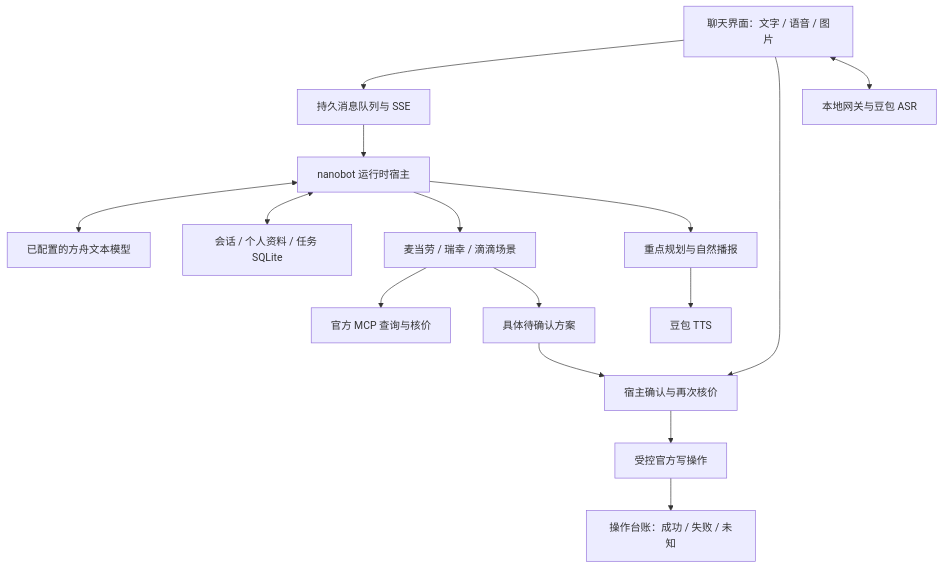
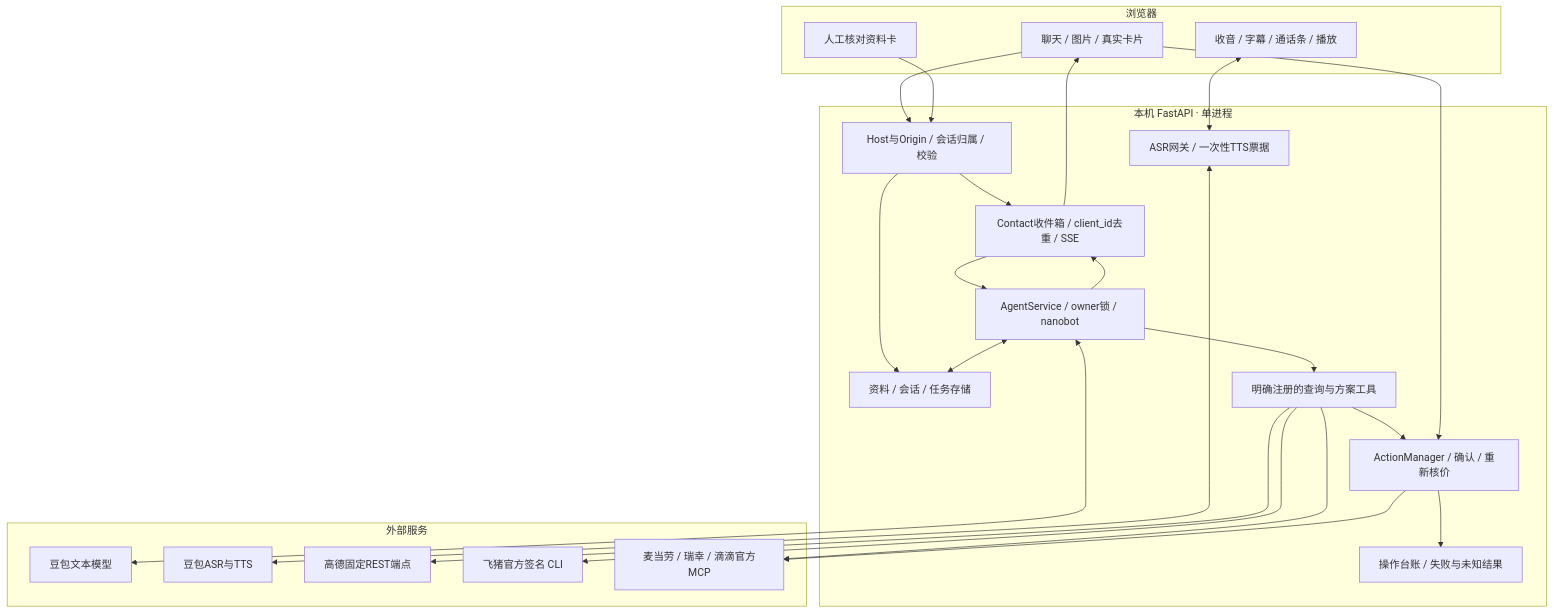
One commit to perry112926-ai/xiaorui changed the first of 3 diagrams in ARCHITECTURE.md. Above: the diagram before and after it, drawn with Mermaid. The commit also changed other lines of this file and 12 other files, not shown here.

````diff
--- a/ARCHITECTURE.md
+++ b/ARCHITECTURE.md
@@ -5,17 +18,41 @@
 ```mermaid
-flowchart TD
-  UI[聊天界面：文字 / 语音 / 图片] --> Inbox[持久消息队列与 SSE]
-  Inbox --> Host[nanobot 运行时宿主]
-  Host <--> Model[已配置的方舟文本模型]
-  Host <--> State[会话 / 个人资料 / 任务 SQLite]
-  Host --> Domains[麦当劳 / 瑞幸 / 滴滴场景]
-  Domains --> Query[官方 MCP 查询与核价]
-  Domains --> Proposal[具体待确认方案]
-  UI --> Confirm[宿主确认与再次核价]
-  Proposal --> Confirm
-  Confirm --> Execute[受控官方写操作]
-  Execute --> Ledger[操作台账：成功 / 失败 / 未知]
-  Host --> Speech[重点规划与自然播报]
-  Speech --> TTS[豆包 TTS]
-  UI <--> ASR[本地网关与豆包 ASR]
+flowchart TB
+    subgraph Browser[浏览器]
+        Chat[聊天 / 图片 / 真实卡片]
+        Voice[收音 / 字幕 / 通话条 / 播放]
+        Profile[人工核对资料卡]
+    end
+    subgraph Local[本机 FastAPI · 单进程]
+        Boundary[Host与Origin / 会话归属 / 校验]
+        Inbox[Contact收件箱 / client_id去重 / SSE]
+        Host[AgentService / owner锁 / nanobot]
+        Memory[资料 / 会话 / 任务存储]
+        Tools[明确注册的查询与方案工具]
+        Gate[ActionManager / 确认 / 重新核价]
+        Ledger[操作台账 / 失败与未知结果]
+        Audio[ASR网关 / 一次性TTS票据]
+    end
+    subgraph Cloud[外部服务]
+        Model[豆包文本模型]
+        Speech[豆包ASR与TTS]
+        Amap[高德固定REST端点]
+        FlyAI[飞猪官方签名 CLI]
+        MCP[麦当劳 / 瑞幸 / 滴滴官方MCP]
+    end
+    Chat --> Boundary --> Inbox --> Host
+    Profile --> Boundary
+    Boundary --> Memory
+    Host <--> Memory
+    Host <--> Model
+    Host --> Tools
+    Tools --> Amap
+    Tools --> MCP
+    Tools --> FlyAI
+    Tools --> Gate
+    Chat --> Gate
+    Gate --> MCP
+    Gate --> Ledger
+    Voice <--> Audio <--> Speech
+    Host --> Inbox
+    Inbox --> Chat
 ```
````
